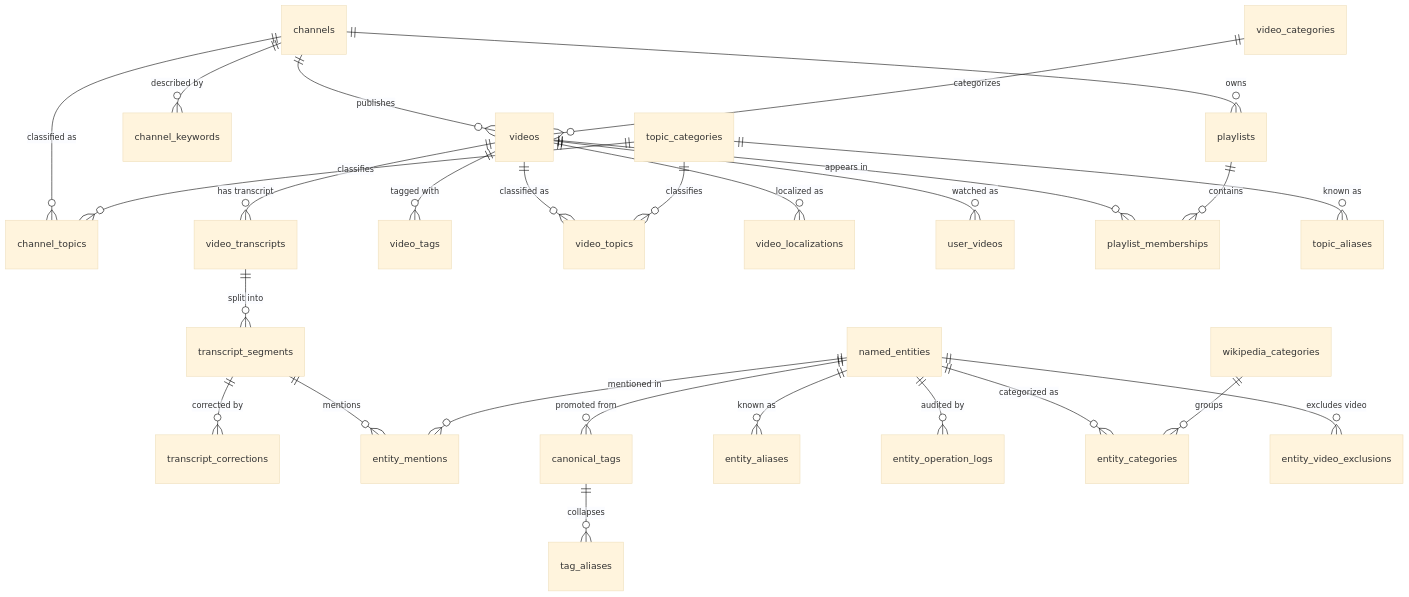
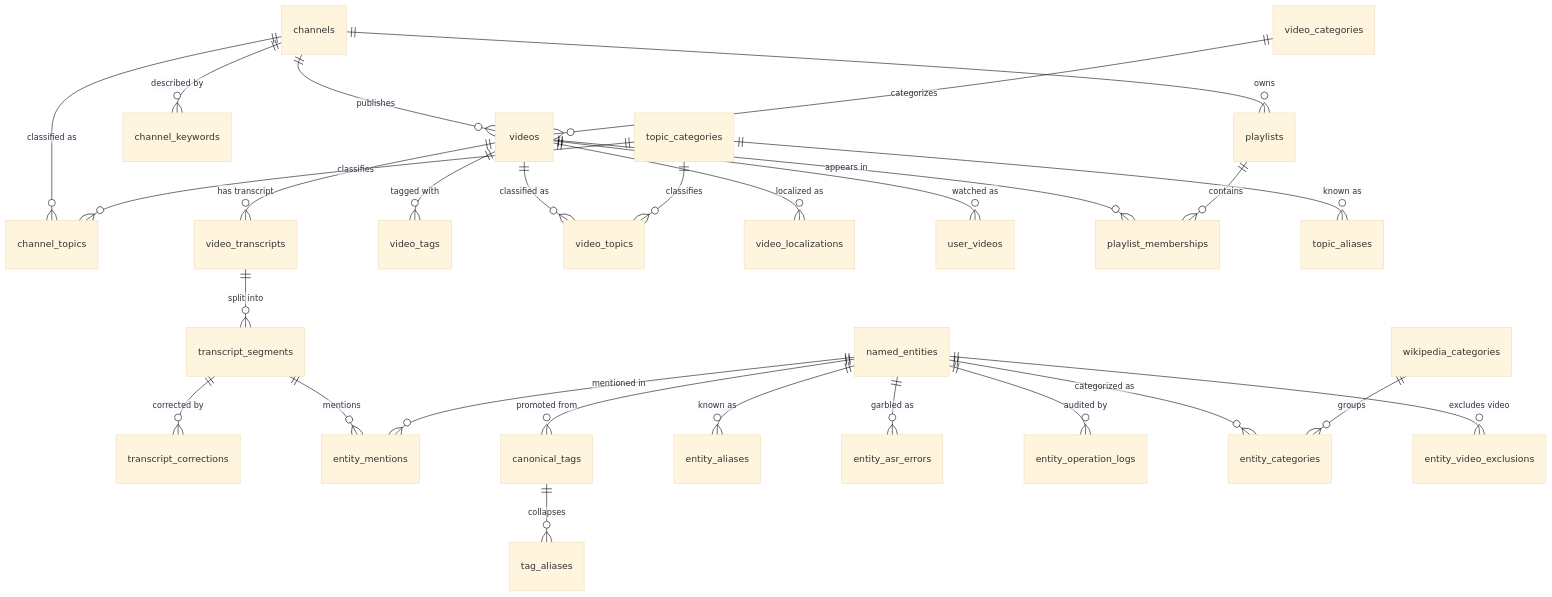
One commit to aucontraire/chronovista changed the diagram in docs/architecture/data-model.md. Above: the diagram before and after it, drawn with Mermaid (base theme). The commit also changed other lines of this file and 34 other files, not shown here.

First line of the commit message:
refactor(aliases): move asr_error forms into a dedicated entity_asr_errors table (#403)

````diff
--- a/docs/architecture/data-model.md
+++ b/docs/architecture/data-model.md
@@ -14,34 +14,35 @@
 ```mermaid
 erDiagram
     channels ||--o{ videos : publishes
     channels ||--o{ channel_keywords : "described by"
     channels ||--o{ channel_topics : "classified as"
     channels ||--o{ playlists : owns
     video_categories ||--o{ videos : categorizes
 
     videos ||--o{ video_transcripts : "has transcript"
     videos ||--o{ video_tags : "tagged with"
     videos ||--o{ video_topics : "classified as"
     videos ||--o{ video_localizations : "localized as"
     videos ||--o{ user_videos : "watched as"
     videos ||--o{ playlist_memberships : "appears in"
 
     video_transcripts ||--o{ transcript_segments : "split into"
     transcript_segments ||--o{ transcript_corrections : "corrected by"
     transcript_segments ||--o{ entity_mentions : "mentions"
 
     topic_categories ||--o{ video_topics : classifies
     topic_categories ||--o{ channel_topics : classifies
     topic_categories ||--o{ topic_aliases : "known as"
 
     canonical_tags ||--o{ tag_aliases : collapses
     named_entities ||--o{ entity_aliases : "known as"
+    named_entities ||--o{ entity_asr_errors : "garbled as"
     named_entities ||--o{ entity_mentions : "mentioned in"
     named_entities ||--o{ canonical_tags : "promoted from"
     named_entities ||--o{ entity_operation_logs : "audited by"
     named_entities ||--o{ entity_categories : "categorized as"
     named_entities ||--o{ entity_video_exclusions : "excludes video"
     wikipedia_categories ||--o{ entity_categories : "groups"
 
     playlists ||--o{ playlist_memberships : contains
 ```
````
